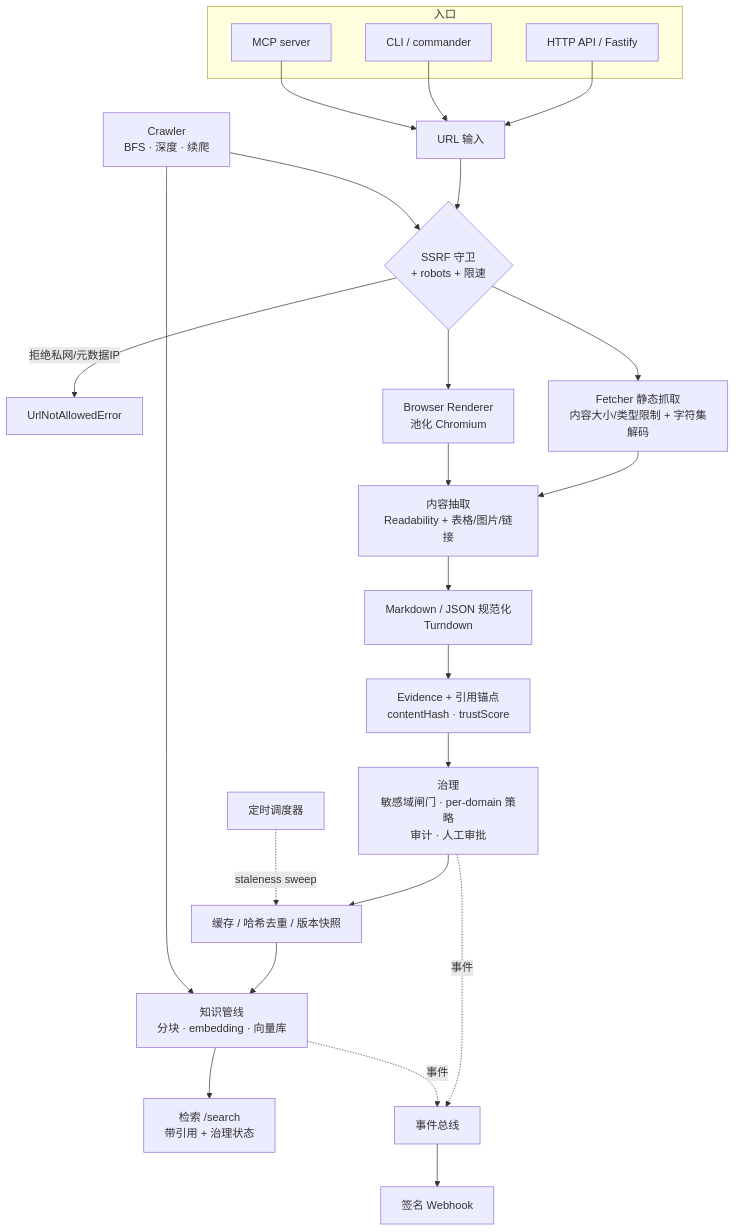
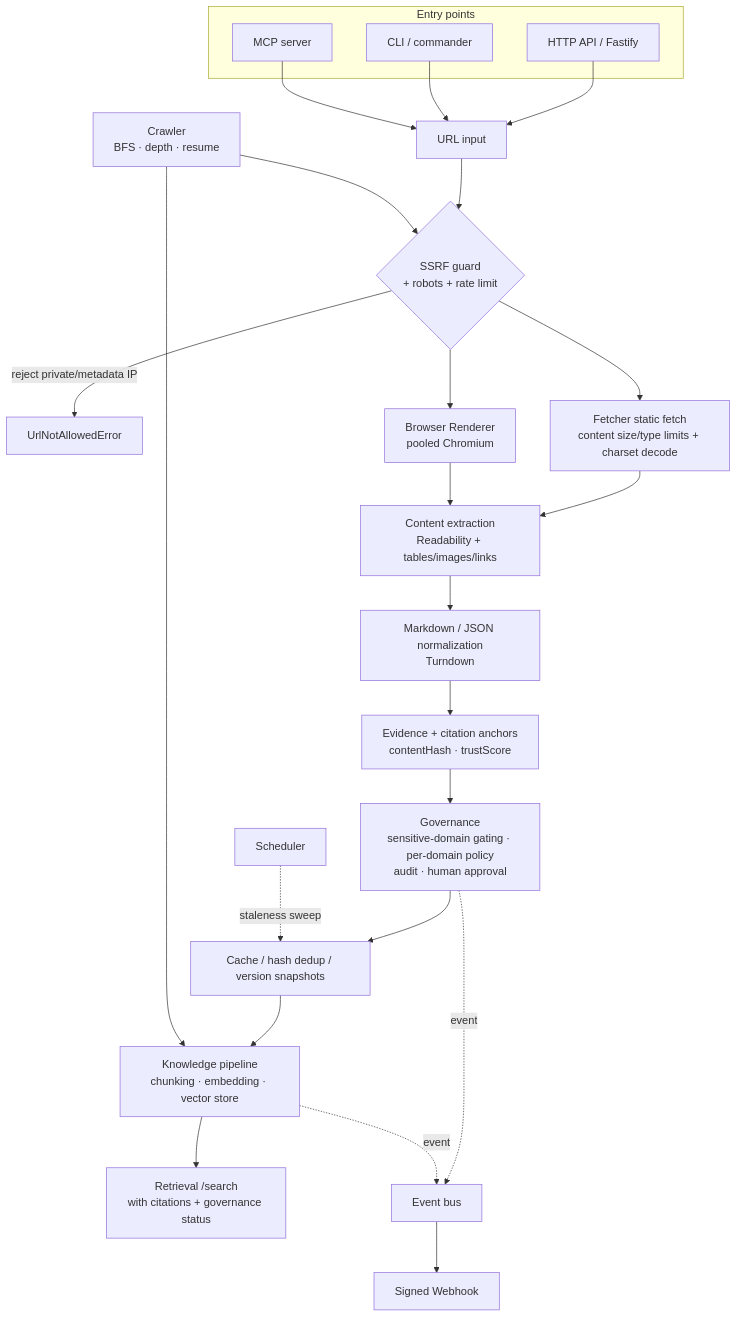
One commit to octoryn/octopus-scout changed the diagram in docs/ARCHITECTURE.md. Above: the diagram before and after it, drawn with Mermaid. The commit also changed other lines of this file and 15 other files, not shown here.

````diff
--- a/docs/ARCHITECTURE.md
+++ b/docs/ARCHITECTURE.md
@@ -29,30 +31,30 @@
 ```mermaid
 flowchart TD
-    IN[URL 输入] --> GUARD{SSRF 守卫<br/>+ robots + 限速}
-    GUARD -->|拒绝私网/元数据IP| BLOCK[UrlNotAllowedError]
-    GUARD --> FETCH[Fetcher 静态抓取<br/>内容大小/类型限制 + 字符集解码]
-    GUARD --> RENDER[Browser Renderer<br/>池化 Chromium]
+    IN[URL input] --> GUARD{SSRF guard<br/>+ robots + rate limit}
+    GUARD -->|reject private/metadata IP| BLOCK[UrlNotAllowedError]
+    GUARD --> FETCH[Fetcher static fetch<br/>content size/type limits + charset decode]
+    GUARD --> RENDER[Browser Renderer<br/>pooled Chromium]
     FETCH --> EXTRACT
-    RENDER --> EXTRACT[内容抽取<br/>Readability + 表格/图片/链接]
-    EXTRACT --> NORM[Markdown / JSON 规范化<br/>Turndown]
-    NORM --> EVID[Evidence + 引用锚点<br/>contentHash · trustScore]
-    EVID --> GOV[治理<br/>敏感域闸门 · per-domain 策略<br/>审计 · 人工审批]
-    GOV --> CACHE[缓存 / 哈希去重 / 版本快照]
-    CACHE --> KNOW[知识管线<br/>分块 · embedding · 向量库]
-    KNOW --> RET[检索 /search<br/>带引用 + 治理状态]
-    GOV -.事件.-> BUS[事件总线]
-    KNOW -.事件.-> BUS
-    BUS --> HOOK[签名 Webhook]
-    SCHED[定时调度器] -.staleness sweep.-> CACHE
-    CRAWL[Crawler<br/>BFS · 深度 · 续爬] --> GUARD
+    RENDER --> EXTRACT[Content extraction<br/>Readability + tables/images/links]
+    EXTRACT --> NORM[Markdown / JSON normalization<br/>Turndown]
+    NORM --> EVID[Evidence + citation anchors<br/>contentHash · trustScore]
+    EVID --> GOV[Governance<br/>sensitive-domain gating · per-domain policy<br/>audit · human approval]
+    GOV --> CACHE[Cache / hash dedup / version snapshots]
+    CACHE --> KNOW[Knowledge pipeline<br/>chunking · embedding · vector store]
+    KNOW --> RET[Retrieval /search<br/>with citations + governance status]
+    GOV -.event.-> BUS[Event bus]
+    KNOW -.event.-> BUS
+    BUS --> HOOK[Signed Webhook]
+    SCHED[Scheduler] -.staleness sweep.-> CACHE
+    CRAWL[Crawler<br/>BFS · depth · resume] --> GUARD
     CRAWL --> KNOW
 
-    subgraph 入口
+    subgraph Entry points
       API[HTTP API / Fastify]
       CLI[CLI / commander]
       MCP[MCP server]
     end
     API --> IN
     CLI --> IN
     MCP --> IN
 ```
````
